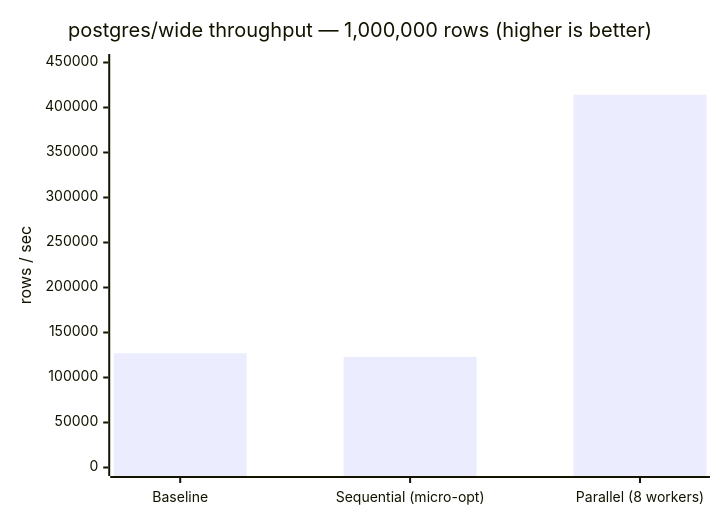
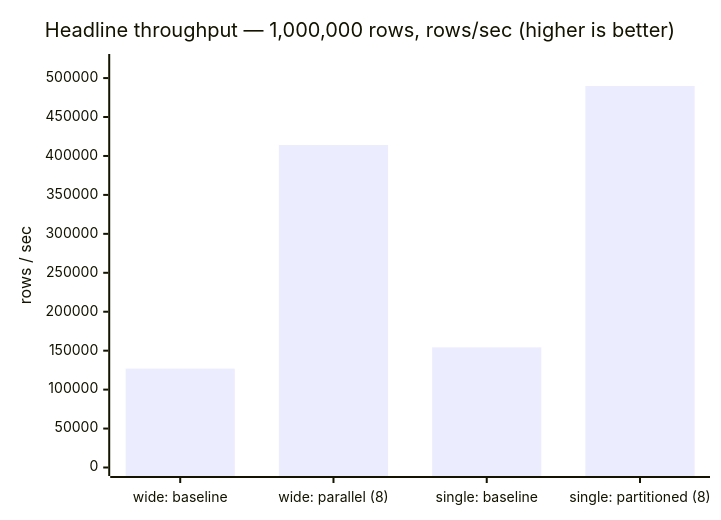
One commit to timveil/bloviate changed the first of 3 diagrams in BENCHMARKS.md. Above: the diagram before and after it, drawn with Mermaid. The commit also changed other lines of this file, not shown here.

First line of the commit message:
docs: consolidate fill-throughput benchmark results into one comparison

````diff
--- a/BENCHMARKS.md
+++ b/BENCHMARKS.md
@@ -155,7 +165,7 @@
 ```mermaid
 xychart-beta
-    title "postgres/wide throughput — 1,000,000 rows (higher is better)"
-    x-axis ["Baseline", "Sequential (micro-opt)", "Parallel (8 workers)"]
-    y-axis "rows / sec" 0 --> 450000
-    bar [126984, 122923, 414126]
+    title "Headline throughput — 1,000,000 rows, rows/sec (higher is better)"
+    x-axis ["wide: baseline", "wide: parallel (8)", "single: baseline", "single: partitioned (8)"]
+    y-axis "rows / sec" 0 --> 520000
+    bar [126984, 414126, 154211, 489870]
 ```
````
